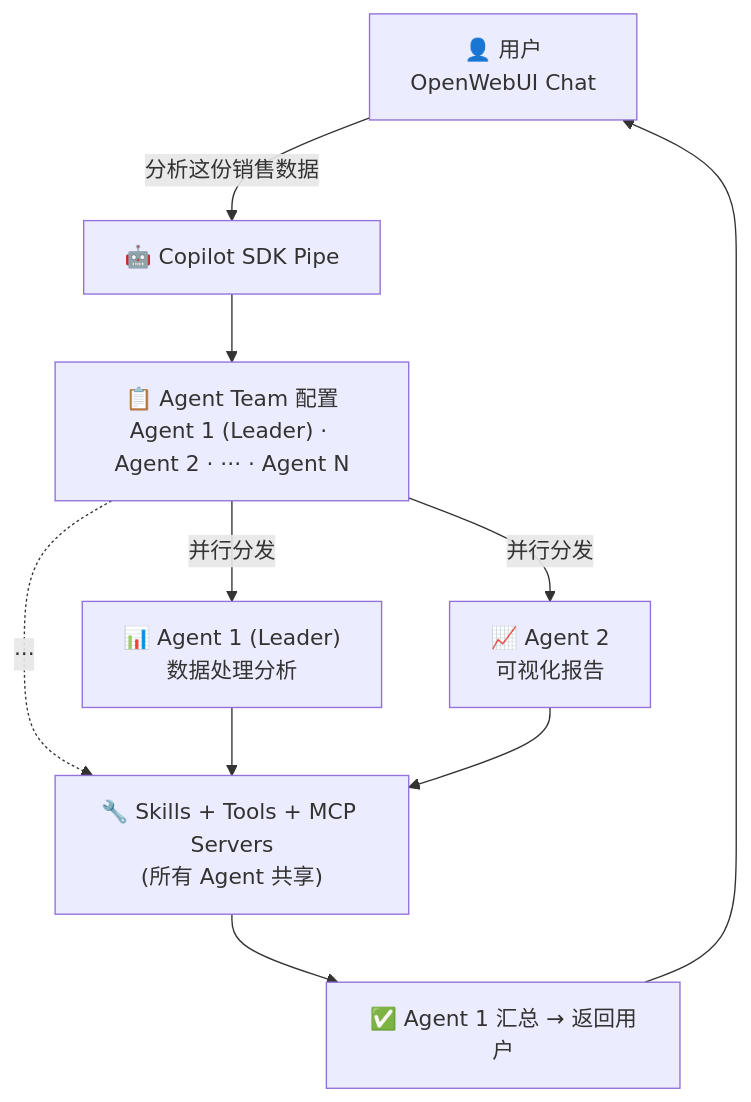
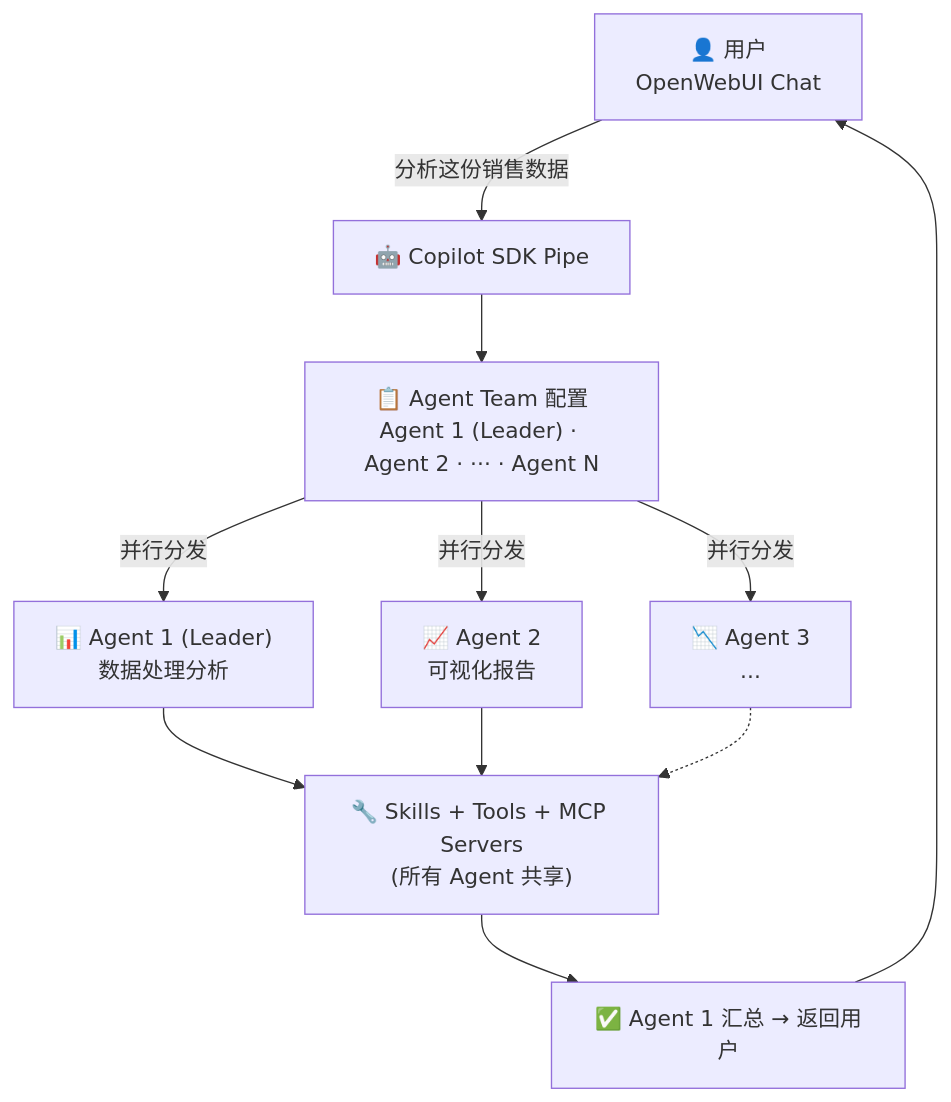
Before and after one commit to MarceloMassarente/openwebui-extensions: the diagram in plugins/pipes/github-copilot-sdk/community_post_CN.md, drawn with Mermaid. The commit also changed 1 other file, not shown here.

Commit message:
docs(github-copilot-sdk): add Agent 3 node to Mermaid diagram

````diff
--- a/plugins/pipes/github-copilot-sdk/community_post_CN.md
+++ b/plugins/pipes/github-copilot-sdk/community_post_CN.md
@@ -31,20 +31,22 @@
 ```mermaid
 flowchart TD
     User["👤 用户<br/>OpenWebUI Chat"]
     Pipe["🤖 Copilot SDK Pipe"]
     Config["📋 Agent Team 配置<br/>Agent 1 (Leader) · Agent 2 · ··· · Agent N"]
     A1["📊 Agent 1 (Leader)<br/>数据处理分析"]
     A2["📈 Agent 2<br/>可视化报告"]
+    A3["📉 Agent 3<br/>..."]
     Tools["🔧 Skills + Tools + MCP Servers<br/>(所有 Agent 共享)"]
     Result["✅ Agent 1 汇总 → 返回用户"]
 
     User -->|"分析这份销售数据"| Pipe
     Pipe --> Config
     Config -->|"并行分发"| A1
     Config -->|"并行分发"| A2
-    Config -.->|"···"| Tools
+    Config -->|"并行分发"| A3
     A1 --> Tools
     A2 --> Tools
+    A3 -.-> Tools
     Tools --> Result
     Result --> User
 ```
````
